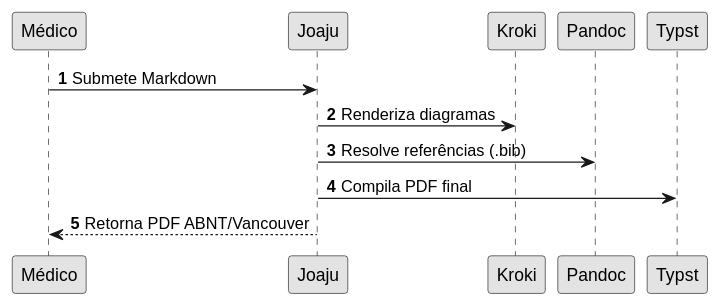
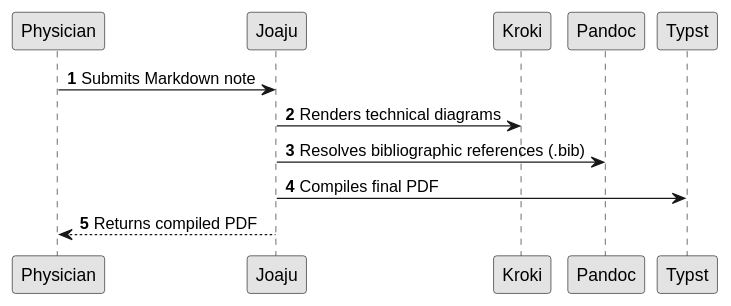
The fourth of 5 diagrams in README.md (lumenpink/joaju), drawn with PlantUML before and after one commit. The commit also changed other lines of this file, not shown here.

````diff
--- a/README.md
+++ b/README.md
@@ -279,12 +279,12 @@
 ```plantuml
 @startuml
 skinparam monochrome true
 skinparam defaultFontName "Liberation Sans"
 autonumber
-Médico -> Joaju: Submete Markdown
-Joaju -> Kroki: Renderiza diagramas
-Joaju -> Pandoc: Resolve referências (.bib)
-Joaju -> Typst: Compila PDF final
-Joaju --> Médico: Retorna PDF ABNT/Vancouver
+Physician -> Joaju: Submits Markdown note
+Joaju -> Kroki: Renders technical diagrams
+Joaju -> Pandoc: Resolves bibliographic references (.bib)
+Joaju -> Typst: Compiles final PDF
+Joaju --> Physician: Returns compiled PDF
 @enduml
 ```
````
